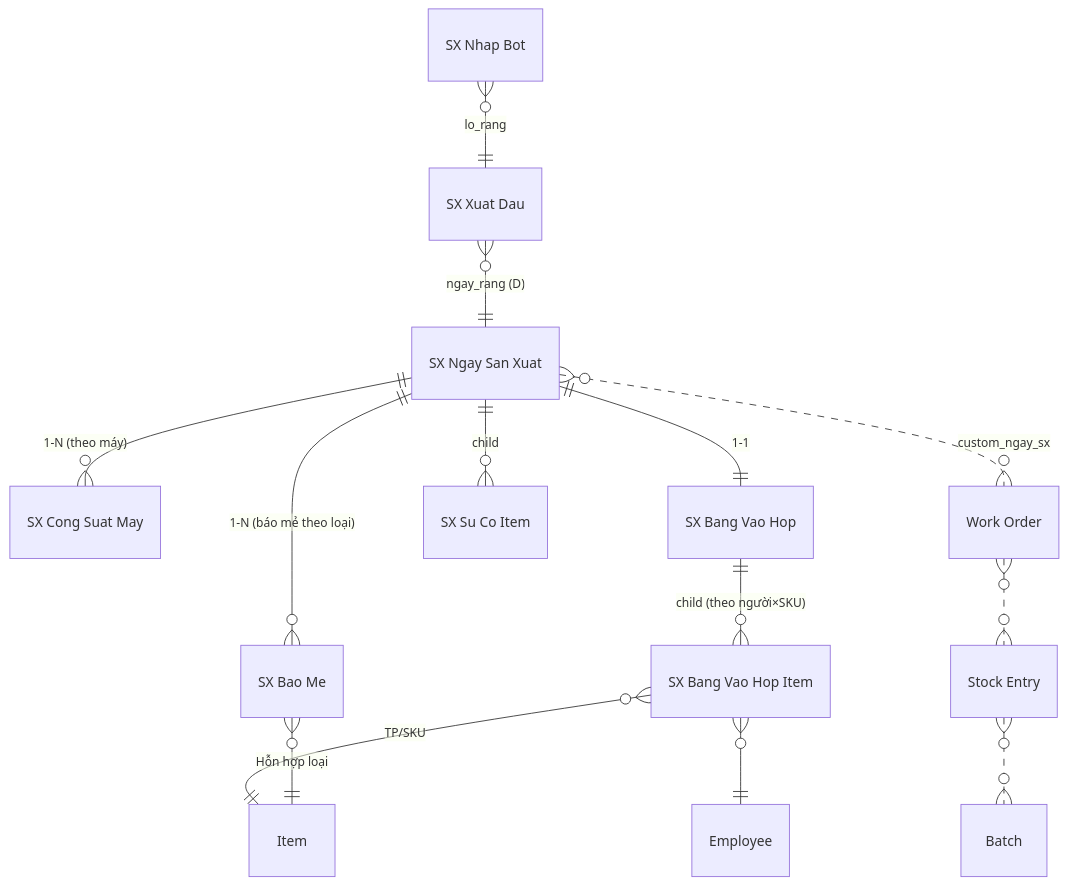
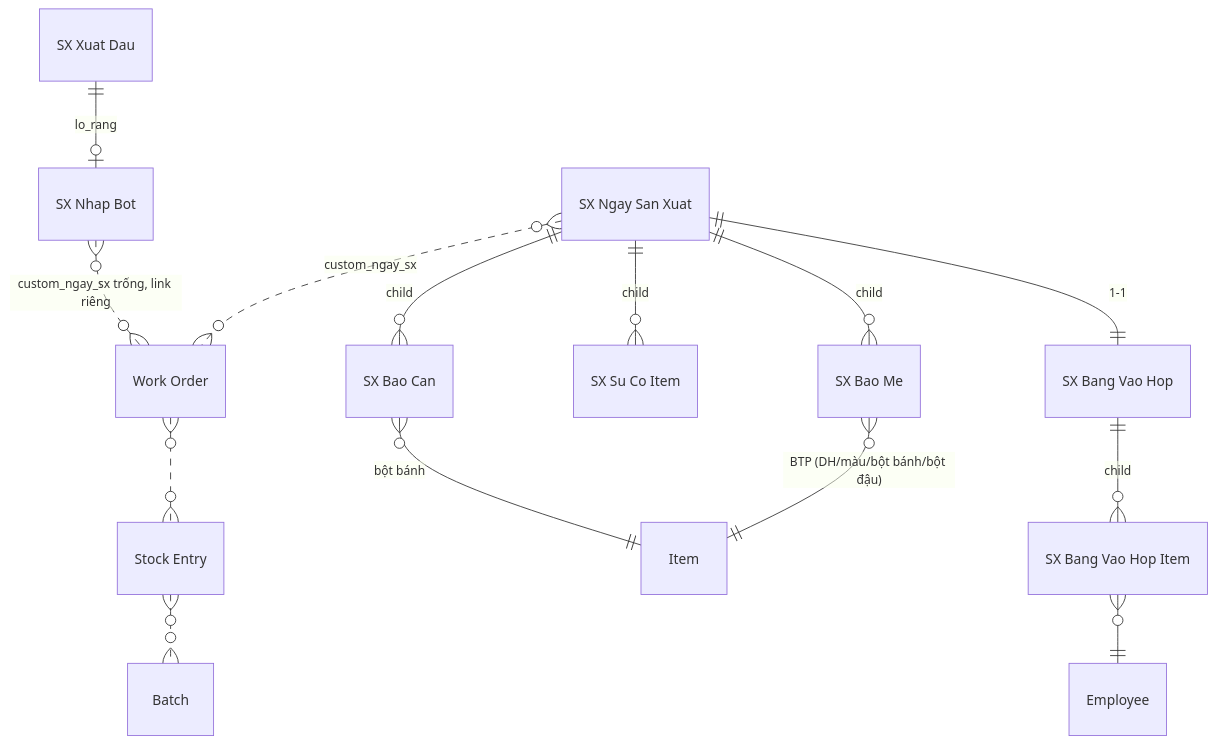
Before and after one commit to mrhuychien/sx: the diagram in docs/CODER-PACK.md, drawn with Mermaid. The commit also changed other lines of this file and 29 other files, not shown here.

````diff
--- a/docs/CODER-PACK.md
+++ b/docs/CODER-PACK.md
@@ -90,16 +111,16 @@
 ```mermaid
 erDiagram
-    "SX Ngay San Xuat" ||--o{ "SX Bao Me" : "1-N (báo mẻ theo loại)"
-    "SX Ngay San Xuat" ||--o{ "SX Cong Suat May" : "1-N (theo máy)"
+    "SX Xuat Dau" ||--o| "SX Nhap Bot" : "lo_rang"
+    "SX Ngay San Xuat" ||--o{ "SX Bao Me" : "child"
+    "SX Ngay San Xuat" ||--o{ "SX Bao Can" : "child"
+    "SX Ngay San Xuat" ||--o{ "SX Su Co Item" : "child"
     "SX Ngay San Xuat" ||--|| "SX Bang Vao Hop" : "1-1"
-    "SX Ngay San Xuat" ||--o{ "SX Su Co Item" : "child"
-    "SX Bang Vao Hop" ||--o{ "SX Bang Vao Hop Item" : "child (theo người×SKU)"
-    "SX Xuat Dau" }o--|| "SX Ngay San Xuat" : "ngay_rang (D)"
-    "SX Nhap Bot" }o--|| "SX Xuat Dau" : "lo_rang"
+    "SX Bang Vao Hop" ||--o{ "SX Bang Vao Hop Item" : "child"
     "SX Bang Vao Hop Item" }o--|| Employee : ""
-    "SX Bang Vao Hop Item" }o--|| Item : "TP/SKU"
-    "SX Bao Me" }o--|| Item : "Hỗn hợp loại"
+    "SX Bao Me" }o--|| Item : "BTP (DH/màu/bột bánh/bột đậu)"
+    "SX Bao Can" }o--|| Item : "bột bánh"
     "SX Ngay San Xuat" }o..o{ "Work Order" : "custom_ngay_sx"
+    "SX Nhap Bot" }o..o{ "Work Order" : "custom_ngay_sx trống, link riêng"
     "Work Order" }o..o{ "Stock Entry" : ""
     "Stock Entry" }o..o{ Batch : ""
 ```
````
